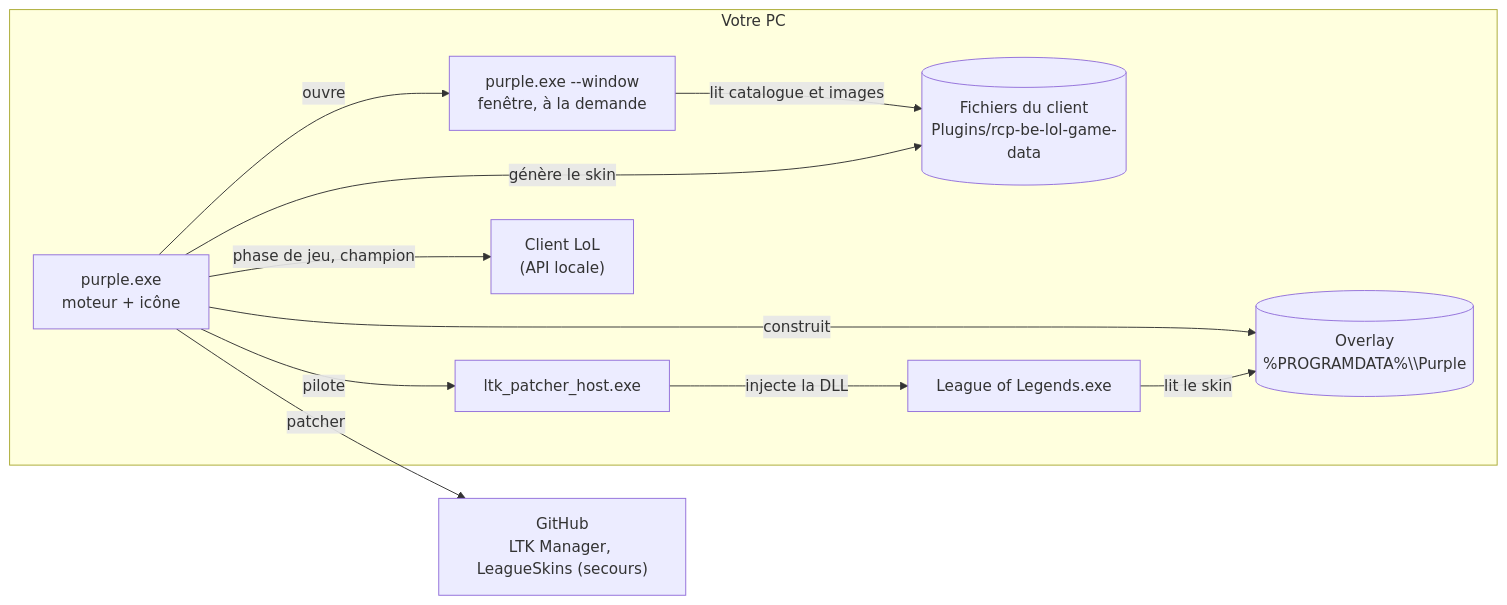
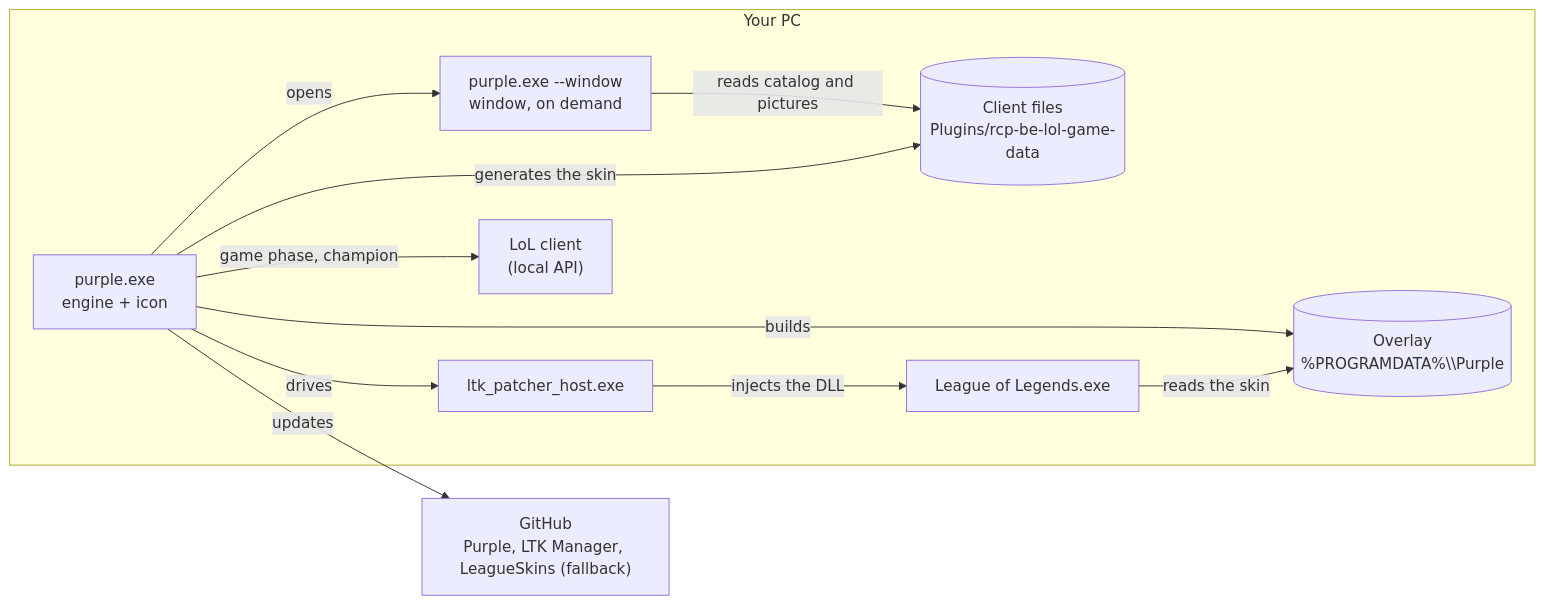
One commit to AlexLynx77/Purple changed the diagram in README.md. Above: the diagram before and after it, drawn with Mermaid. The commit also changed other lines of this file and 14 other files, not shown here.

First line of the commit message:
Self-update from GitHub releases, English docs, version 0.3.0

````diff
--- a/README.md
+++ b/README.md
@@ -70,23 +74,23 @@
 ```mermaid
 flowchart LR
-  subgraph PC["Votre PC"]
-    D["purple.exe<br/>moteur + icône"]
-    UI["purple.exe --window<br/>fenêtre, à la demande"]
+  subgraph PC["Your PC"]
+    D["purple.exe<br/>engine + icon"]
+    UI["purple.exe --window<br/>window, on demand"]
     H["ltk_patcher_host.exe"]
-    C["Client LoL<br/>(API locale)"]
-    A[("Fichiers du client<br/>Plugins/rcp-be-lol-game-data")]
+    C["LoL client<br/>(local API)"]
+    A[("Client files<br/>Plugins/rcp-be-lol-game-data")]
     G["League of Legends.exe"]
     O[("Overlay<br/>%PROGRAMDATA%\\Purple")]
   end
-  GH["GitHub<br/>LTK Manager, LeagueSkins (secours)"]
+  GH["GitHub<br/>Purple, LTK Manager, LeagueSkins (fallback)"]
 
-  D -- "ouvre" --> UI
-  UI -- "lit catalogue et images" --> A
-  D -- "génère le skin" --> A
-  D -- "phase de jeu, champion" --> C
-  D -- "patcher" --> GH
-  D -- "construit" --> O
-  D -- "pilote" --> H
-  H -- "injecte la DLL" --> G
-  G -- "lit le skin" --> O
+  D -- "opens" --> UI
+  UI -- "reads catalog and pictures" --> A
+  D -- "generates the skin" --> A
+  D -- "game phase, champion" --> C
+  D -- "updates" --> GH
+  D -- "builds" --> O
+  D -- "drives" --> H
+  H -- "injects the DLL" --> G
+  G -- "reads the skin" --> O
 ```
````
